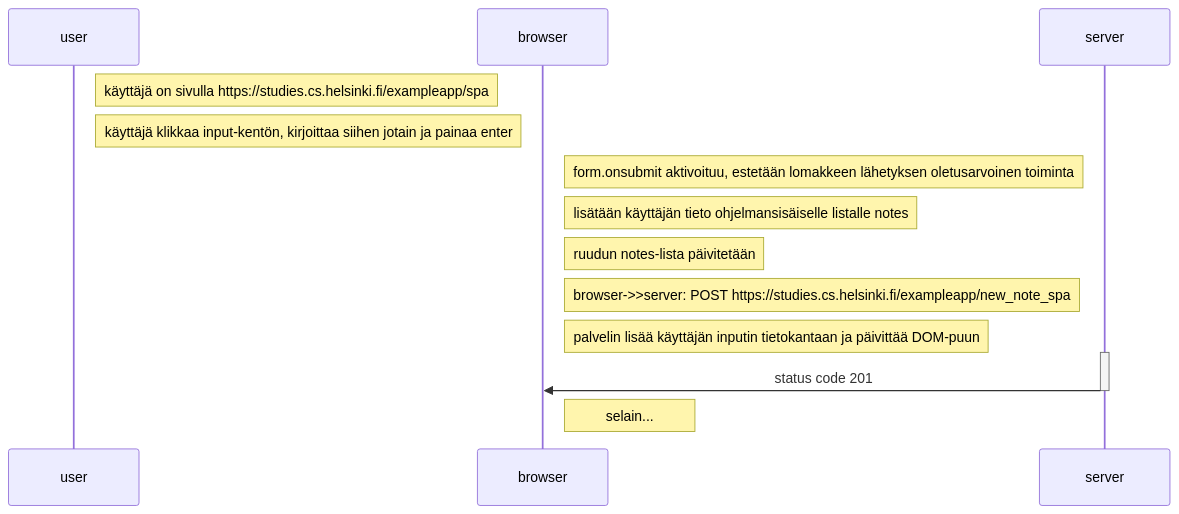
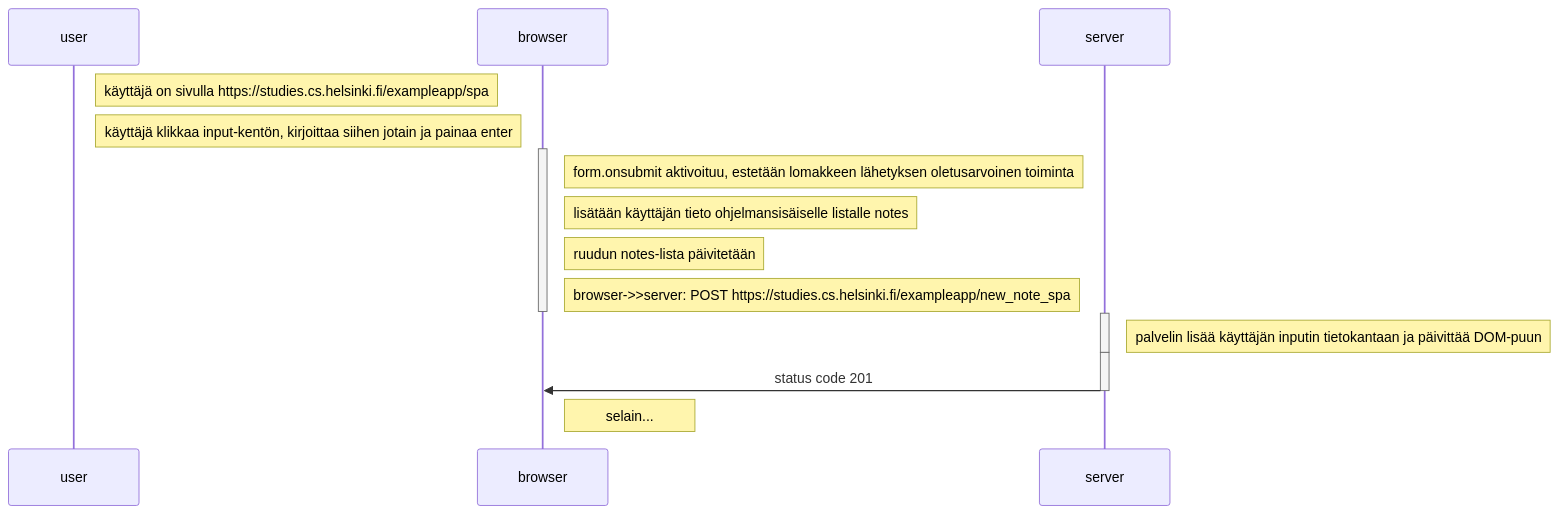
Before and after one commit to moocjsi/mooc-harj03: the diagram in mermaid-test9.md, drawn with Mermaid.

````diff
--- a/mermaid-test9.md
+++ b/mermaid-test9.md
@@ -2,24 +2,28 @@
 ```mermaid
 sequenceDiagram
     participant user
     participant browser
     participant server
 
     Note right of user: käyttäjä on sivulla https://studies.cs.helsinki.fi/exampleapp/spa
     Note right of user: käyttäjä klikkaa input-kentön, kirjoittaa siihen jotain ja painaa enter
-    
+
+    activate browser
     Note right of browser: form.onsubmit aktivoituu, estetään lomakkeen lähetyksen oletusarvoinen toiminta
     Note right of browser: lisätään käyttäjän tieto ohjelmansisäiselle listalle notes
     Note right of browser: ruudun notes-lista päivitetään
     Note right of browser: browser->>server: POST https://studies.cs.helsinki.fi/exampleapp/new_note_spa
+    deactivate browser
 
-    Note right of browser: palvelin lisää käyttäjän inputin tietokantaan ja päivittää DOM-puun
+    activate server
+    Note right of server: palvelin lisää käyttäjän inputin tietokantaan ja päivittää DOM-puun
+    deactivate server
 
     activate server
     server->>browser: status code 201
     deactivate server
 
     Note right of browser: selain...
 
 
 ```
````
